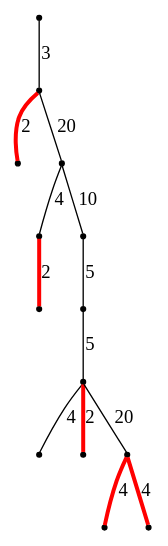
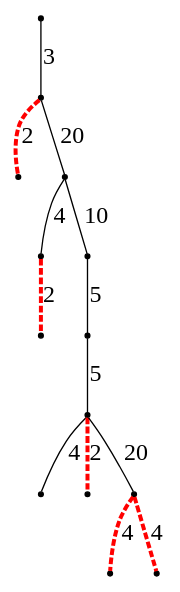
The diagram in graphs/marcotegui/graphlocalminima.gv (sgolodetz/waterfallpaper), drawn with Graphviz before and after one commit. The commit also changed 2 other files, not shown here.

```diff
--- a/graphs/marcotegui/graphlocalminima.gv
+++ b/graphs/marcotegui/graphlocalminima.gv
@@ -1,20 +1,20 @@
 digraph
 {
 	compound = true;
 	node [shape=point, color=black, label=""];
-	edge [dir=both, arrowtail=none, arrowhead=none];
+	edge [dir=both, arrowtail=none, arrowhead=none, fontsize=18];
 
 	n0 -> n1 [label=3];
-	n1 -> n2 [label=2, color=red, penwidth=3];
+	n1 -> n2 [label=2, color=red, penwidth=3, style=dashed];
 	n1 -> n3 [label=20];
 	n3 -> n4 [label=4];
 	n3 -> n5 [label=10];
-	n4 -> n6 [label=2, color=red, penwidth=3];
+	n4 -> n6 [label=2, color=red, penwidth=3, style=dashed];
 	n5 -> n7 [label=5];
 	n7 -> n8 [label=5];
 	n8 -> n9 [label=4];
-	n8 -> n10 [label=2, color=red, penwidth=3];
+	n8 -> n10 [label=2, color=red, penwidth=3, style=dashed];
 	n8 -> n11 [label=20];
-	n11 -> n12 [label=4, color=red, penwidth=3];
-	n11 -> n13 [label=4, color=red, penwidth=3];
+	n11 -> n12 [label=4, color=red, penwidth=3, style=dashed];
+	n11 -> n13 [label=4, color=red, penwidth=3, style=dashed];
 }
```
